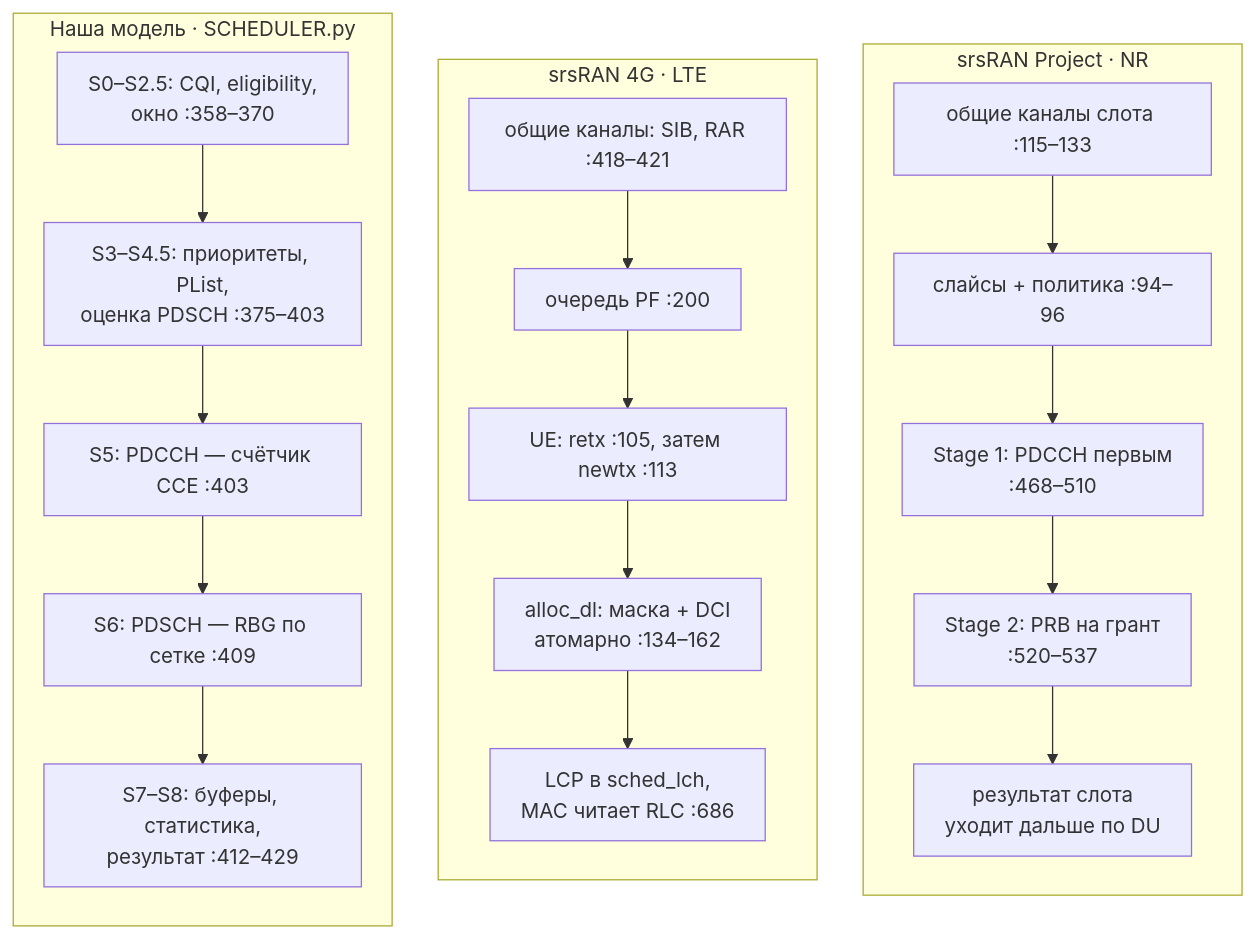
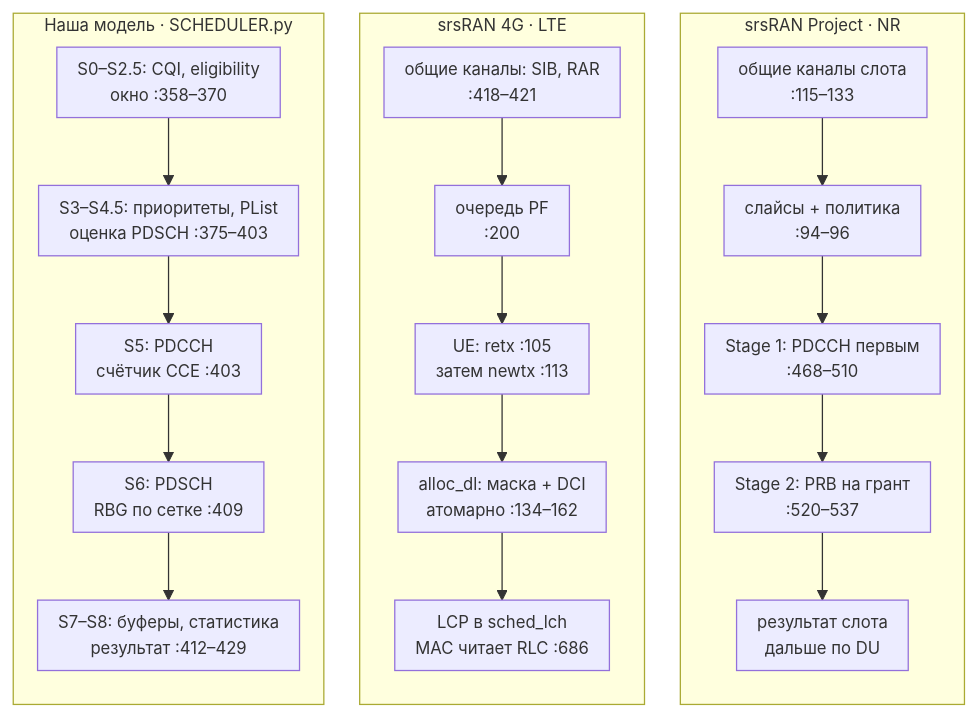
Before and after one commit to dokbrawn/REC-S5: the third of 5 diagrams in weeks/docs/week_03_report.md, drawn with Mermaid. The commit also changed other lines of this file, not shown here.

````diff
--- a/weeks/docs/week_03_report.md
+++ b/weeks/docs/week_03_report.md
@@ -217,26 +217,26 @@
 ```mermaid
-%%{init: {"flowchart": {"htmlLabels": true, "nodeSpacing": 28, "rankSpacing": 36, "padding": 12}}}%%
+%%{init: {"flowchart": {"htmlLabels": true, "useMaxWidth": false, "nodeSpacing": 18, "rankSpacing": 28, "padding": 8}, "themeVariables": {"fontSize": "13px"}}}%%
 flowchart LR
     subgraph OURS["Наша модель · SCHEDULER.py"]
         direction TB
-        O0["S0–S2.5: CQI, eligibility,<br/>окно :358–370"] --> O3["S3–S4.5: приоритеты, PList,<br/>оценка PDSCH :375–403"]
-        O3 --> O5["S5: PDCCH — счётчик CCE :403"]
-        O5 --> O6["S6: PDSCH — RBG по сетке :409"]
-        O6 --> O7["S7–S8: буферы, статистика,<br/>результат :412–429"]
+        O0["S0–S2.5: CQI, eligibility<br/>окно :358–370"] --> O3["S3–S4.5: приоритеты, PList<br/>оценка PDSCH :375–403"]
+        O3 --> O5["S5: PDCCH<br/>счётчик CCE :403"]
+        O5 --> O6["S6: PDSCH<br/>RBG по сетке :409"]
+        O6 --> O7["S7–S8: буферы, статистика<br/>результат :412–429"]
     end
     subgraph FOURG["srsRAN 4G · LTE"]
         direction TB
-        F1["общие каналы: SIB, RAR :418–421"] --> F2["очередь PF :200"]
-        F2 --> F3["UE: retx :105, затем newtx :113"]
+        F1["общие каналы: SIB, RAR<br/>:418–421"] --> F2["очередь PF<br/>:200"]
+        F2 --> F3["UE: retx :105<br/>затем newtx :113"]
         F3 --> F4["alloc_dl: маска + DCI<br/>атомарно :134–162"]
-        F4 --> F5["LCP в sched_lch,<br/>MAC читает RLC :686"]
+        F4 --> F5["LCP в sched_lch<br/>MAC читает RLC :686"]
     end
     subgraph PROJ["srsRAN Project · NR"]
         direction TB
-        P1["общие каналы слота :115–133"] --> P2["слайсы + политика :94–96"]
+        P1["общие каналы слота<br/>:115–133"] --> P2["слайсы + политика<br/>:94–96"]
         P2 --> P3["Stage 1: PDCCH первым<br/>:468–510"]
         P3 --> P4["Stage 2: PRB на грант<br/>:520–537"]
-        P4 --> P5["результат слота<br/>уходит дальше по DU"]
+        P4 --> P5["результат слота<br/>дальше по DU"]
     end
     OURS ~~~ FOURG ~~~ PROJ
 ```
````
